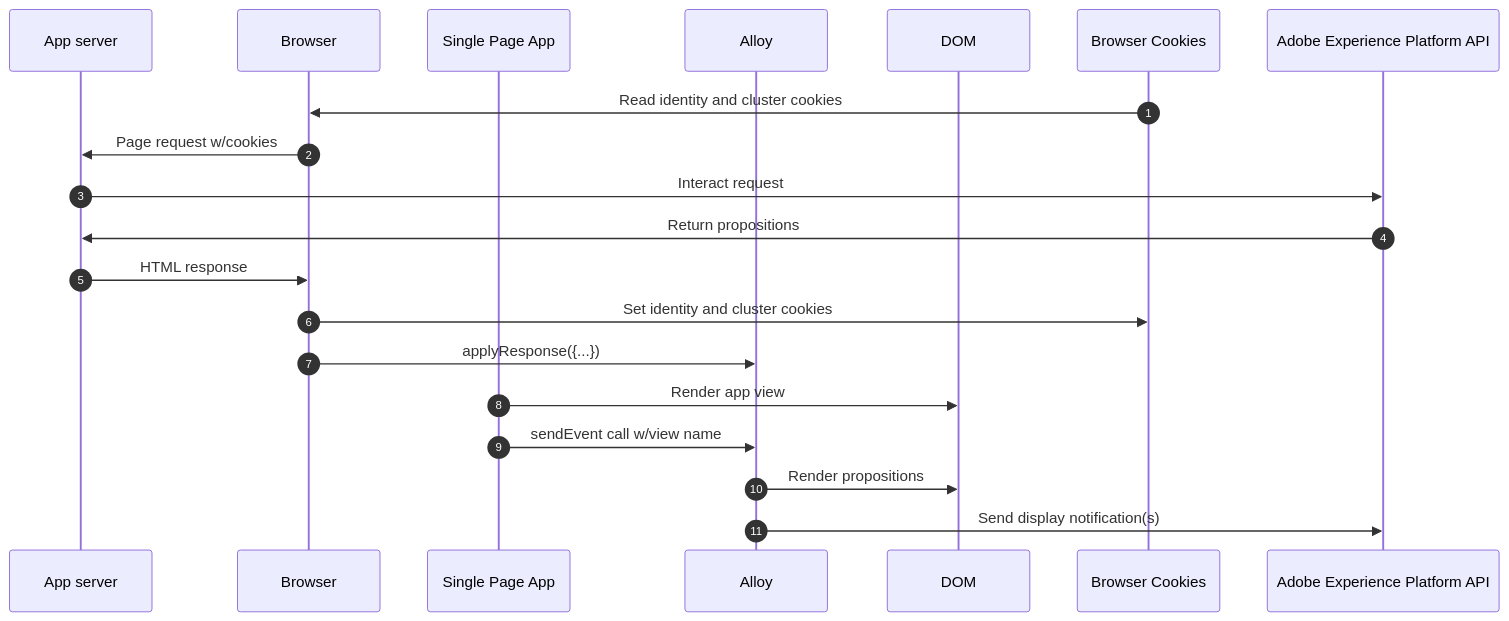
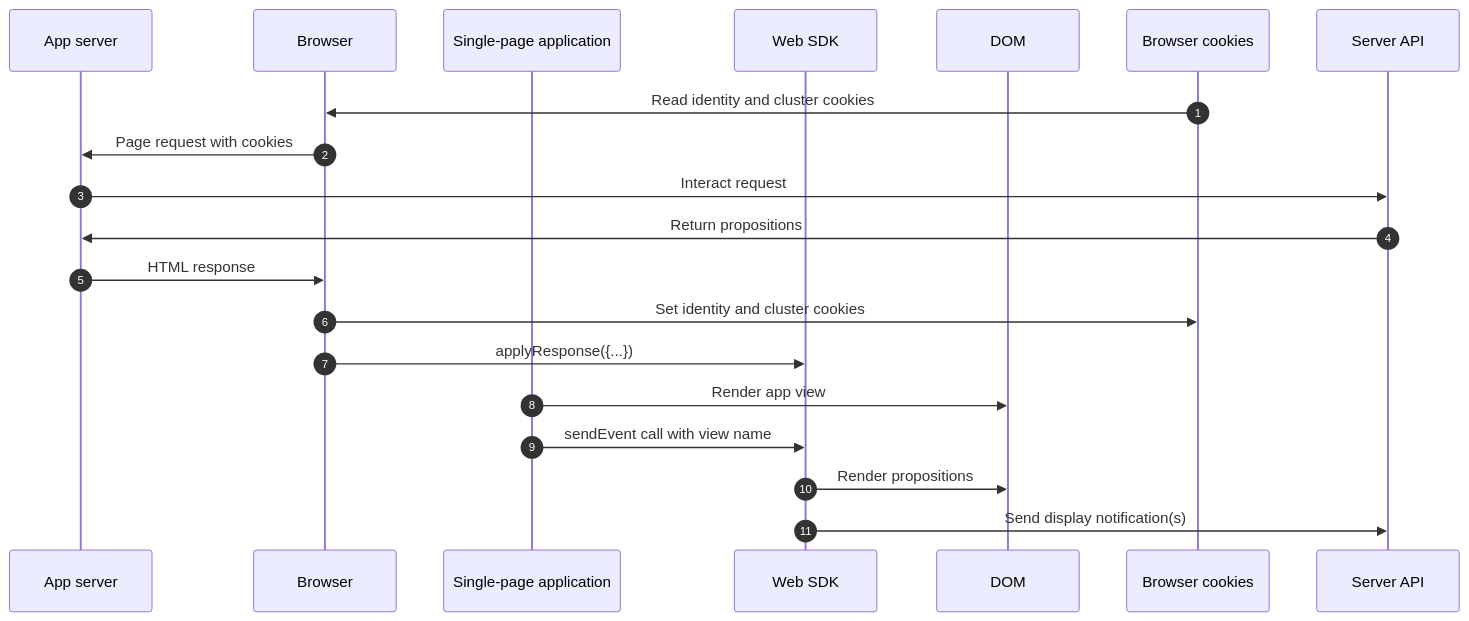
One commit to AdobeDocs/experience-platform.en changed the diagram in help/edge/personalization/adobe-target/hybrid-target-implementation.md. Above: the diagram before and after it, drawn with Mermaid. The commit also changed other lines of this file, not shown here.

````diff
--- a/help/edge/personalization/adobe-target/hybrid-target-implementation.md
+++ b/help/edge/personalization/adobe-target/hybrid-target-implementation.md
@@ -194,22 +50,22 @@
 ```mermaid
 sequenceDiagram
   participant App server
   participant Browser
-  participant SPA as Single Page App
-  participant Alloy
+  participant SPA as Single-page application
+  participant Web SDK
   participant DOM
-  participant Browser Cookies
-  participant API as Adobe Experience Platform API
+  participant Browser cookies
+  participant API as Server API
   autonumber
-  Browser Cookies->>Browser: Read identity and cluster cookies
-  Browser->>App server: Page request w/cookies
+  Browser cookies->>Browser: Read identity and cluster cookies
+  Browser->>App server: Page request with cookies
   App server->>API: Interact request
   API->>App server: Return propositions
   App server->>Browser: HTML response
-  Browser->>Browser Cookies: Set identity and cluster cookies
-  Browser->>Alloy: applyResponse({...});
+  Browser->>Browser cookies: Set identity and cluster cookies
+  Browser->>Web SDK: applyResponse({...});
   SPA->>DOM: Render app view
-  SPA->>Alloy: sendEvent call w/view name
-  Alloy->>DOM: Render propositions
-  Alloy->>API: Send display notification(s)
+  SPA->>Web SDK: sendEvent call with view name
+  Web SDK->>DOM: Render propositions
+  Web SDK->>API: Send display notification(s)
 ```
````
